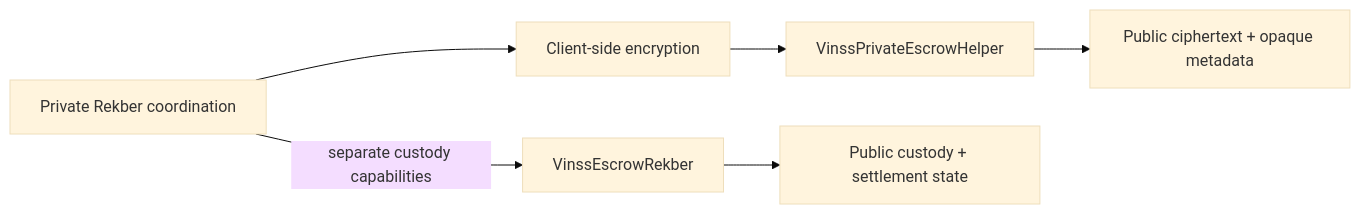
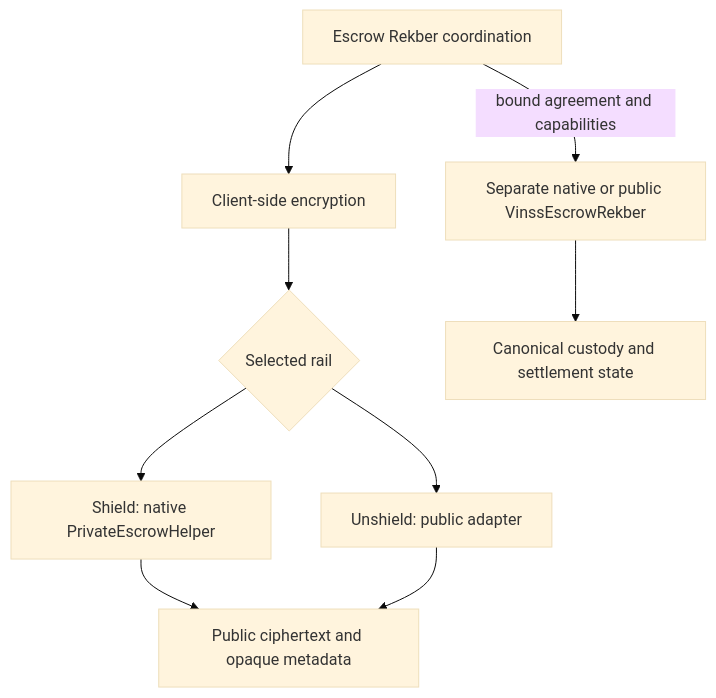
Before and after one commit to DXJLabs/vinss: the first of 4 diagrams in docs/technical/smart-contracts/private-escrow-helper.md, drawn with Mermaid (base theme). The commit also changed other lines of this file and 14 other files, not shown here.

Commit message:
Clarify Escrow Rekber UI, verify dual-rail lifecycle and refresh architecture diagrams

````diff
--- a/docs/technical/smart-contracts/private-escrow-helper.md
+++ b/docs/technical/smart-contracts/private-escrow-helper.md
@@ -44,17 +52,19 @@
 ```mermaid
-flowchart LR
-    APP[Private Rekber coordination]
-    ENC[Client-side encryption]
-    HELPER[VinssPrivateEscrowHelper]
-    STORE[Public ciphertext + opaque metadata]
-
-    CUSTODY[VinssEscrowRekber]
-    FUNDS[Public custody + settlement state]
-
+flowchart TD
+    APP["Escrow Rekber coordination"]
+    ENC["Client-side encryption"]
+    RAIL{"Selected rail"}
+    HELPER["Shield: native PrivateEscrowHelper"]
+    ADAPTER["Unshield: public adapter"]
+    STORE["Public ciphertext and opaque metadata"]
+    CUSTODY["Separate native or public VinssEscrowRekber"]
+    FUNDS["Canonical custody and settlement state"]
     APP --> ENC
-    ENC --> HELPER
+    ENC --> RAIL
+    RAIL --> HELPER
+    RAIL --> ADAPTER
     HELPER --> STORE
-
-    APP -->|separate custody capabilities| CUSTODY
+    ADAPTER --> STORE
+    APP -->|bound agreement and capabilities| CUSTODY
     CUSTODY --> FUNDS
 ```
````
